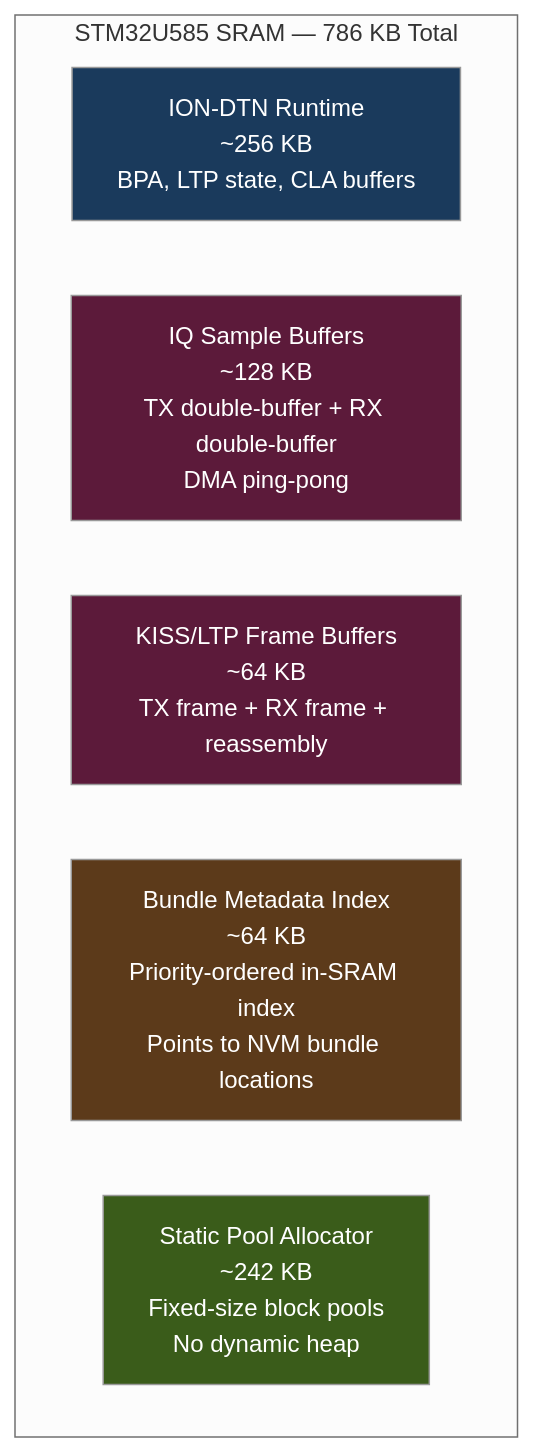
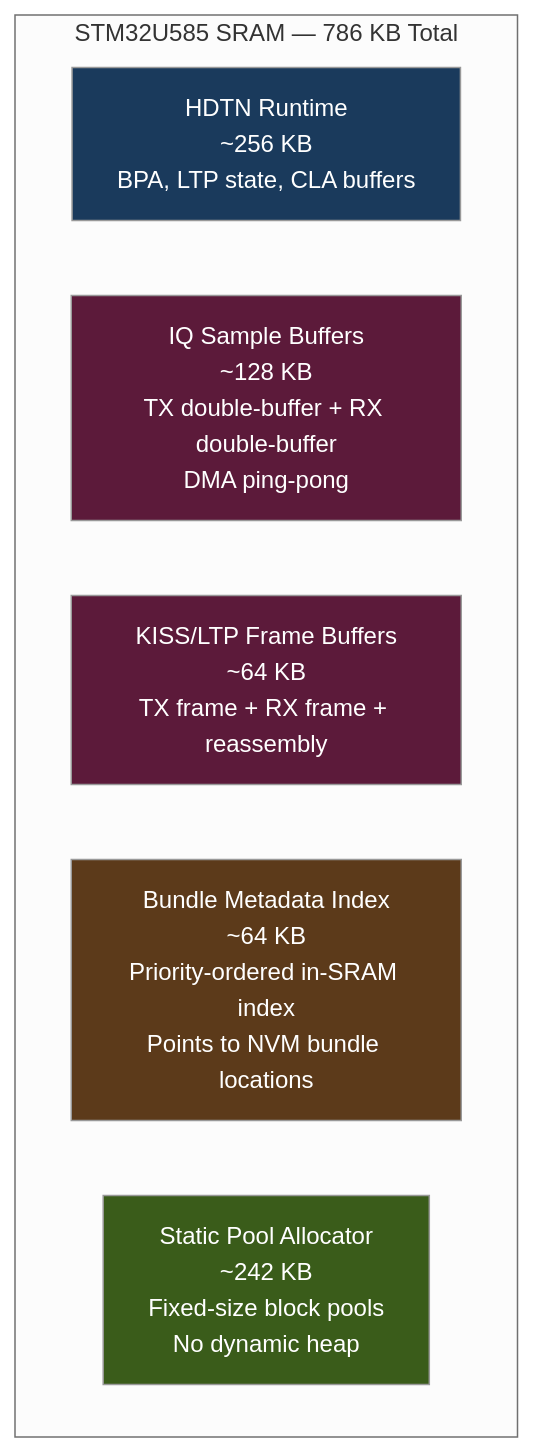
The third of 6 diagrams in docs/cubesat-em-phase2/design.md (g4dpz/cislunar_proposal), drawn with Mermaid (neutral theme) before and after one commit. The commit also changed other lines of this file and 18 other files, not shown here.

Commit message:
Migrate from ION-DTN to HDTN across all specs and website

````diff
--- a/docs/cubesat-em-phase2/design.md
+++ b/docs/cubesat-em-phase2/design.md
@@ -110,16 +110,16 @@
 ```mermaid
 graph TD
     subgraph "STM32U585 SRAM — 786 KB Total"
-        ION_MEM["ION-DTN Runtime<br/>~256 KB<br/>BPA, LTP state, CLA buffers"]
+        ION_MEM["HDTN Runtime<br/>~256 KB<br/>BPA, LTP state, CLA buffers"]
         IQ_BUF["IQ Sample Buffers<br/>~128 KB<br/>TX double-buffer + RX double-buffer<br/>DMA ping-pong"]
         KISS_BUF["KISS/LTP Frame Buffers<br/>~64 KB<br/>TX frame + RX frame + reassembly"]
         IDX_MEM["Bundle Metadata Index<br/>~64 KB<br/>Priority-ordered in-SRAM index<br/>Points to NVM bundle locations"]
         POOL["Static Pool Allocator<br/>~242 KB<br/>Fixed-size block pools<br/>No dynamic heap"]
     end
 
     style ION_MEM fill:#1a3a5c,color:#fff
     style IQ_BUF fill:#5c1a3a,color:#fff
     style KISS_BUF fill:#5c1a3a,color:#fff
     style IDX_MEM fill:#5c3a1a,color:#fff
     style POOL fill:#3a5c1a,color:#fff
 ```
````
